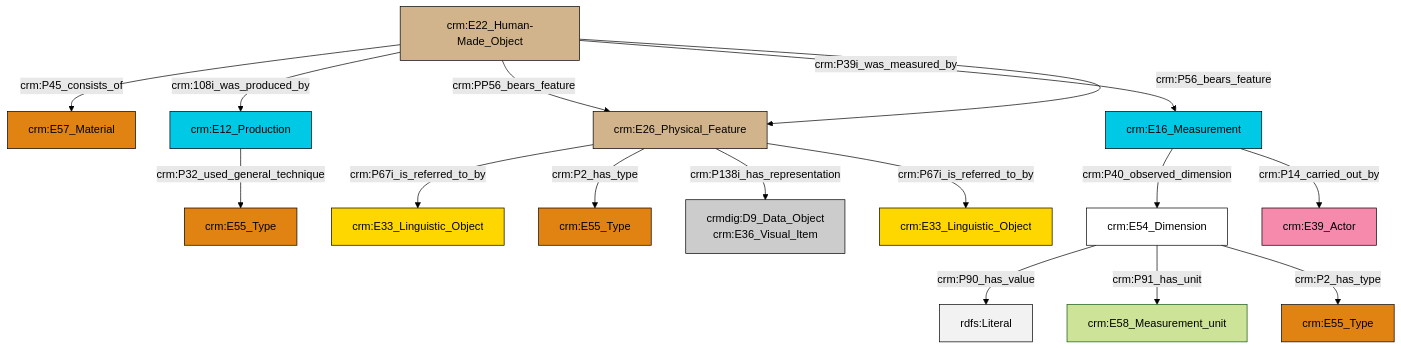
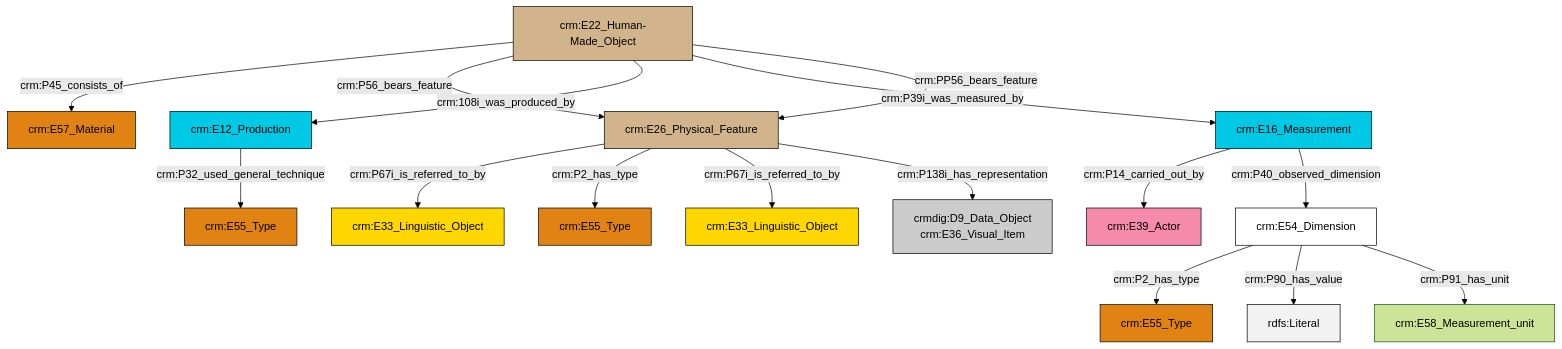
One commit to swiss-art-research-net/docs.swissartresearch changed the diagram in et/carrierCSV/ttl/mmd/carrier_substance.ttl.mmd. Above: the diagram before and after it, drawn with Mermaid (forest theme). The commit also changed 180 other files, not shown here.

```diff
--- a/et/carrierCSV/ttl/mmd/carrier_substance.ttl.mmd
+++ b/et/carrierCSV/ttl/mmd/carrier_substance.ttl.mmd
@@ -1,30 +1,30 @@
 graph TD
 classDef Literal fill:#f2f2f2,stroke:#000000;
 classDef CRM_Entity fill:#FFFFFF,stroke:#000000;
 classDef Temporal_Entity fill:#00C9E6, stroke:#000000;
 classDef Type fill:#E18312, stroke:#000000;
 classDef Time-Span fill:#2C9C91, stroke:#000000;
 classDef Appellation fill:#FFEB7F, stroke:#000000;
 classDef Place fill:#008836, stroke:#000000;
 classDef Persistent_Item fill:#B266B2, stroke:#000000;
 classDef Conceptual_Object fill:#FFD700, stroke:#000000;
 classDef Physical_Thing fill:#D2B48C, stroke:#000000;
 classDef Actor fill:#f58aad, stroke:#000000;
 classDef PC_Classes fill:#4ce600, stroke:#000000;
 classDef Multi fill:#cccccc,stroke:#000000;
 
 0["crm:E26_Physical_Feature"]:::Physical_Thing -->|crm:P67i_is_referred_to_by| 1["crm:E33_Linguistic_Object"]:::Conceptual_Object
-10["crm:E22_Human-Made_Object"]:::Physical_Thing -->|crm:P45_consists_of| 11["crm:E57_Material"]:::Type
-4["crm:E16_Measurement"]:::Temporal_Entity -->|crm:P40_observed_dimension| 12["crm:E54_Dimension"]:::CRM_Entity
-10["crm:E22_Human-Made_Object"]:::Physical_Thing -->|crm:108i_was_produced_by| 14["crm:E12_Production"]:::Temporal_Entity
-0["crm:E26_Physical_Feature"]:::Physical_Thing -->|crm:P2_has_type| 6["crm:E55_Type"]:::Type
-10["crm:E22_Human-Made_Object"]:::Physical_Thing -->|crm:PP56_bears_feature| 0["crm:E26_Physical_Feature"]:::Physical_Thing
-14["crm:E12_Production"]:::Temporal_Entity -->|crm:P32_used_general_technique| 16["crm:E55_Type"]:::Type
-0["crm:E26_Physical_Feature"]:::Physical_Thing -->|crm:P138i_has_representation| 8["crmdig:D9_Data_Object<br>crm:E36_Visual_Item"]:::Multi
-12["crm:E54_Dimension"]:::CRM_Entity -->|crm:P90_has_value| 20[rdfs:Literal]:::Literal
-12["crm:E54_Dimension"]:::CRM_Entity -->|crm:P91_has_unit| 21["crm:E58_Measurement_unit"]:::Default
-10["crm:E22_Human-Made_Object"]:::Physical_Thing -->|crm:P39i_was_measured_by| 4["crm:E16_Measurement"]:::Temporal_Entity
-0["crm:E26_Physical_Feature"]:::Physical_Thing -->|crm:P67i_is_referred_to_by| 23["crm:E33_Linguistic_Object"]:::Conceptual_Object
-12["crm:E54_Dimension"]:::CRM_Entity -->|crm:P2_has_type| 2["crm:E55_Type"]:::Type
-10["crm:E22_Human-Made_Object"]:::Physical_Thing -->|crm:P56_bears_feature| 0["crm:E26_Physical_Feature"]:::Physical_Thing
-4["crm:E16_Measurement"]:::Temporal_Entity -->|crm:P14_carried_out_by| 17["crm:E39_Actor"]:::Actor
+0["crm:E26_Physical_Feature"]:::Physical_Thing -->|crm:P2_has_type| 4["crm:E55_Type"]:::Type
+7["crm:E22_Human-Made_Object"]:::Physical_Thing -->|crm:P45_consists_of| 8["crm:E57_Material"]:::Type
+2["crm:E12_Production"]:::Temporal_Entity -->|crm:P32_used_general_technique| 9["crm:E55_Type"]:::Type
+10["crm:E54_Dimension"]:::CRM_Entity -->|crm:P2_has_type| 11["crm:E55_Type"]:::Type
+10["crm:E54_Dimension"]:::CRM_Entity -->|crm:P90_has_value| 12[rdfs:Literal]:::Literal
+0["crm:E26_Physical_Feature"]:::Physical_Thing -->|crm:P67i_is_referred_to_by| 13["crm:E33_Linguistic_Object"]:::Conceptual_Object
+15["crm:E16_Measurement"]:::Temporal_Entity -->|crm:P14_carried_out_by| 16["crm:E39_Actor"]:::Actor
+10["crm:E54_Dimension"]:::CRM_Entity -->|crm:P91_has_unit| 5["crm:E58_Measurement_unit"]:::Default
+7["crm:E22_Human-Made_Object"]:::Physical_Thing -->|crm:P56_bears_feature| 0["crm:E26_Physical_Feature"]:::Physical_Thing
+7["crm:E22_Human-Made_Object"]:::Physical_Thing -->|crm:108i_was_produced_by| 2["crm:E12_Production"]:::Temporal_Entity
+15["crm:E16_Measurement"]:::Temporal_Entity -->|crm:P40_observed_dimension| 10["crm:E54_Dimension"]:::CRM_Entity
+7["crm:E22_Human-Made_Object"]:::Physical_Thing -->|crm:P39i_was_measured_by| 15["crm:E16_Measurement"]:::Temporal_Entity
+7["crm:E22_Human-Made_Object"]:::Physical_Thing -->|crm:PP56_bears_feature| 0["crm:E26_Physical_Feature"]:::Physical_Thing
+0["crm:E26_Physical_Feature"]:::Physical_Thing -->|crm:P138i_has_representation| 17["crmdig:D9_Data_Object<br>crm:E36_Visual_Item"]:::Multi
```
